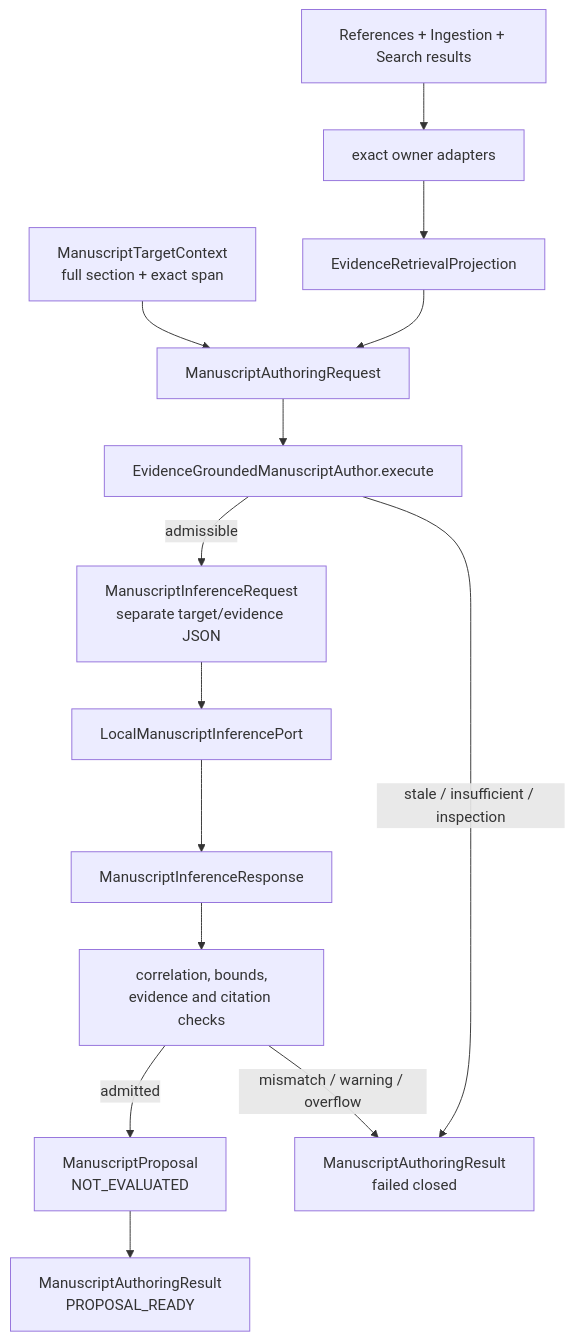
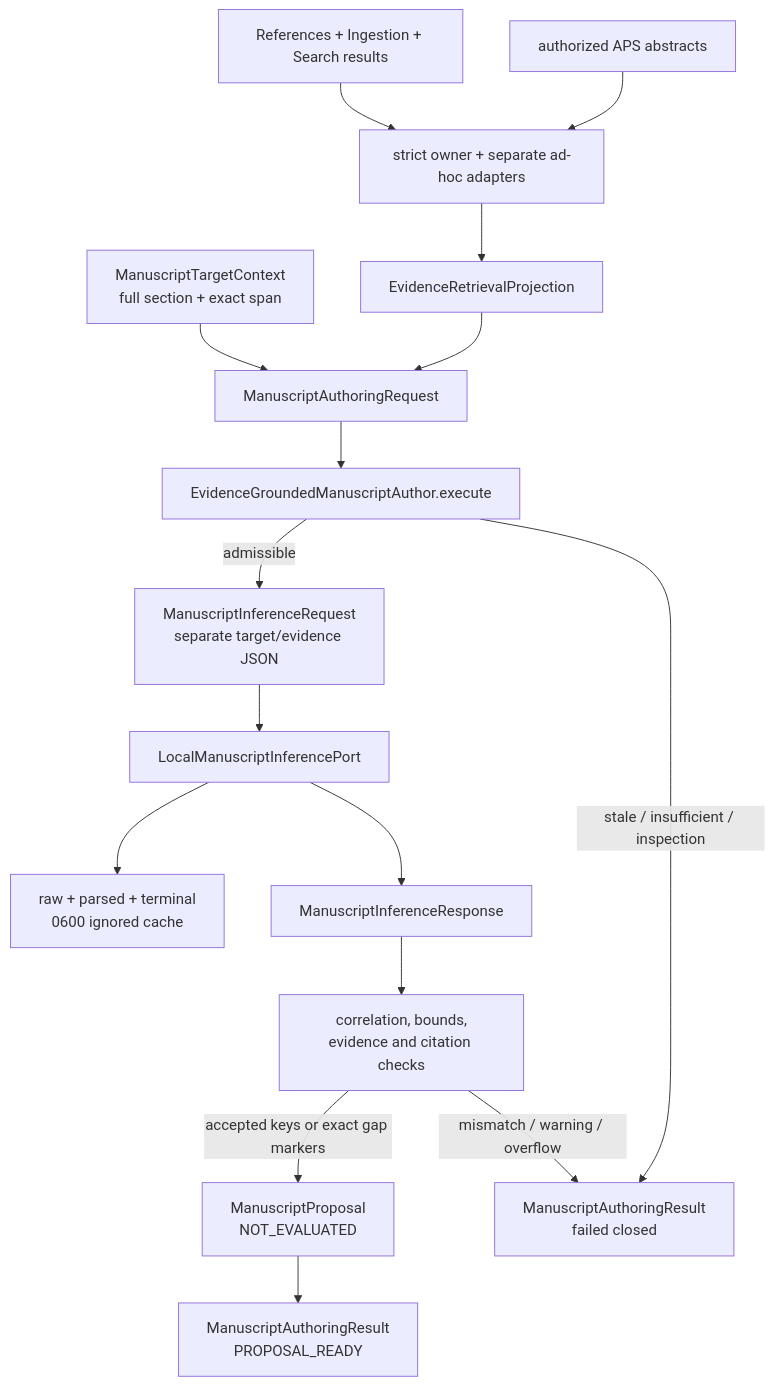
One commit to eragasa/ksdft2effmass changed the diagram in docs/architecture/ksdft2effmass/publications/authoring/schematic.md. Above: the diagram before and after it, drawn with Mermaid. The commit also changed 71 other files, not shown here.

````diff
--- a/docs/architecture/ksdft2effmass/publications/authoring/schematic.md
+++ b/docs/architecture/ksdft2effmass/publications/authoring/schematic.md
@@ -3,29 +3,33 @@
 ```mermaid
 flowchart TD
     Target["ManuscriptTargetContext<br/>full section + exact span"]
     Owners["References + Ingestion + Search results"]
-    Adapters["exact owner adapters"]
+    Abstracts["authorized APS abstracts"]
+    Adapters["strict owner + separate ad-hoc adapters"]
     Retrieval["EvidenceRetrievalProjection"]
     Request["ManuscriptAuthoringRequest"]
     Author["EvidenceGroundedManuscriptAuthor.execute"]
     Prompt["ManuscriptInferenceRequest<br/>separate target/evidence JSON"]
     Port["LocalManuscriptInferencePort"]
+    Cache["raw + parsed + terminal<br/>0600 ignored cache"]
     Response["ManuscriptInferenceResponse"]
     Checks["correlation, bounds,<br/>evidence and citation checks"]
     Proposal["ManuscriptProposal<br/>NOT_EVALUATED"]
     Failure["ManuscriptAuthoringResult<br/>failed closed"]
 
     Target --> Request
     Owners --> Adapters
+    Abstracts --> Adapters
     Adapters --> Retrieval
     Retrieval --> Request
     Request --> Author
     Author -->|admissible| Prompt
     Author -->|stale / insufficient / inspection| Failure
     Prompt --> Port
+    Port --> Cache
     Port --> Response
     Response --> Checks
-    Checks -->|admitted| Proposal
+    Checks -->|accepted keys or exact gap markers| Proposal
     Checks -->|mismatch / warning / overflow| Failure
     Proposal --> Result["ManuscriptAuthoringResult<br/>PROPOSAL_READY"]
 ```
````
